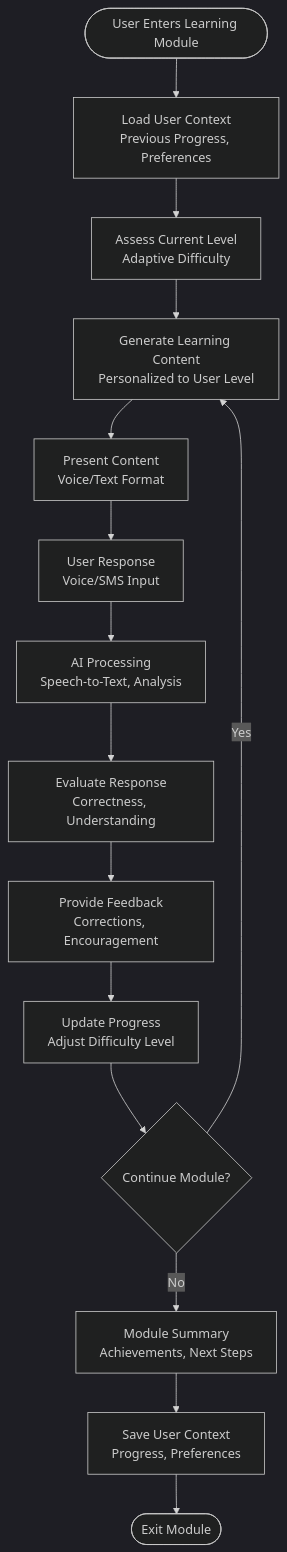
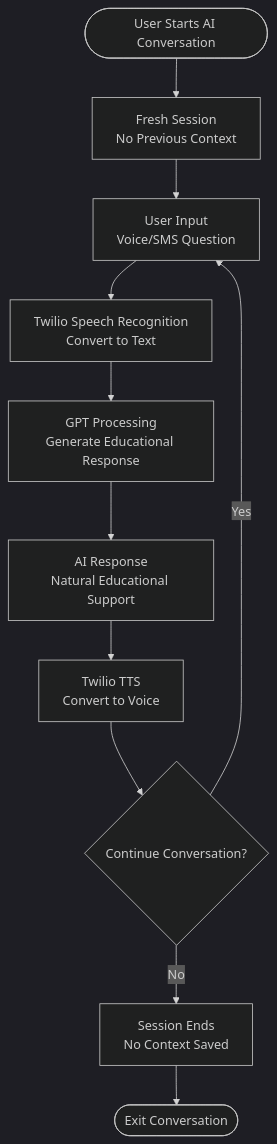
Before and after one commit to bakameai/mvp: the fourth of 4 diagrams in docs/user_flow_diagrams.md, drawn with Mermaid (dark theme). The commit also changed other lines of this file and 16 other files, not shown here.

First line of the commit message:
Complete GPT-only simplification: remove all learning modules and session persistence

````diff
--- a/docs/user_flow_diagrams.md
+++ b/docs/user_flow_diagrams.md
@@ -100,22 +86,16 @@
 ```mermaid
 flowchart TD
-    ModuleEntry([User Enters Learning Module]) --> ContextLoad[Load User Context<br/>Previous Progress, Preferences]
-    ContextLoad --> LevelAssess[Assess Current Level<br/>Adaptive Difficulty]
+    AIEntry([User Starts AI Conversation]) --> FreshSession[Fresh Session<br/>No Previous Context]
+    FreshSession --> UserInput[User Input<br/>Voice/SMS Question]
     
-    LevelAssess --> ContentGen[Generate Learning Content<br/>Personalized to User Level]
-    ContentGen --> Presentation[Present Content<br/>Voice/Text Format]
+    UserInput --> SpeechRecognition[Twilio Speech Recognition<br/>Convert to Text]
+    SpeechRecognition --> GPTProcessing[GPT Processing<br/>Generate Educational Response]
     
-    Presentation --> UserResponse[User Response<br/>Voice/SMS Input]
-    UserResponse --> AIProcess[AI Processing<br/>Speech-to-Text, Analysis]
+    GPTProcessing --> Response[AI Response<br/>Natural Educational Support]
+    Response --> TTS[Twilio TTS<br/>Convert to Voice]
     
-    AIProcess --> Evaluation[Evaluate Response<br/>Correctness, Understanding]
-    Evaluation --> Feedback[Provide Feedback<br/>Corrections, Encouragement]
-    
-    Feedback --> Progress[Update Progress<br/>Adjust Difficulty Level]
-    Progress --> Continue{Continue Module?}
-    
-    Continue -->|Yes| ContentGen
-    Continue -->|No| ModuleSummary[Module Summary<br/>Achievements, Next Steps]
-    ModuleSummary --> ContextSave[Save User Context<br/>Progress, Preferences]
-    ContextSave --> ModuleExit([Exit Module])
+    TTS --> Continue{Continue Conversation?}
+    Continue -->|Yes| UserInput
+    Continue -->|No| SessionEnd[Session Ends<br/>No Context Saved]
+    SessionEnd --> AIExit([Exit Conversation])
 ```
````
